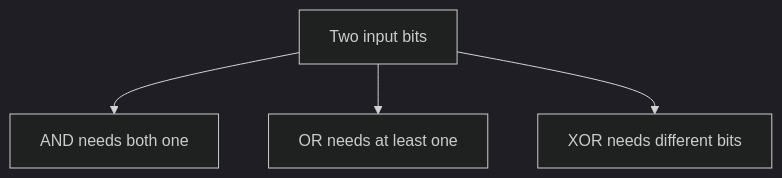
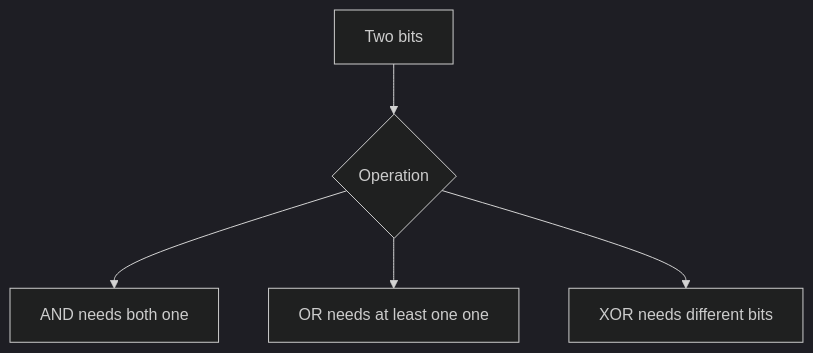
The third of 22 diagrams in CP_DSA_NOTES/CONCEPT_FRAMEWORK_FORMS_TATICS/bitwise_playbook.md (mthaiseer/springcloud-systemdesign-notes), drawn with Mermaid (dark theme) before and after one commit. The commit also changed other lines of this file, not shown here.

````diff
--- a/CP_DSA_NOTES/CONCEPT_FRAMEWORK_FORMS_TATICS/bitwise_playbook.md
+++ b/CP_DSA_NOTES/CONCEPT_FRAMEWORK_FORMS_TATICS/bitwise_playbook.md
@@ -153,6 +159,7 @@
 ```mermaid
 flowchart TD
-    A["Two input bits"] --> B["AND needs both one"]
-    A --> C["OR needs at least one"]
-    A --> D["XOR needs different bits"]
+    A["Two bits"] --> B{"Operation"}
+    B --> C["AND needs both one"]
+    B --> D["OR needs at least one one"]
+    B --> E["XOR needs different bits"]
 ```
````
